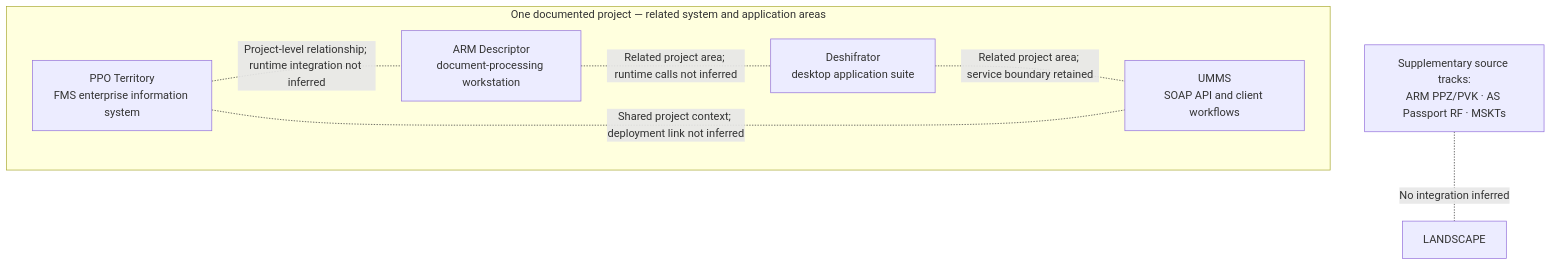
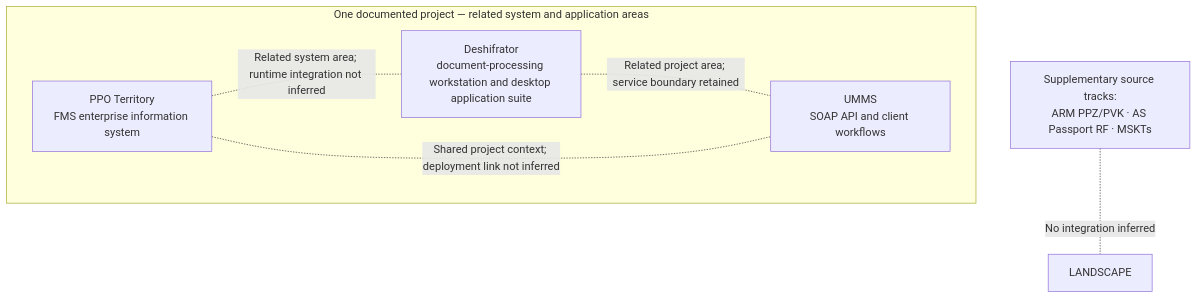
Before and after one commit to ekatmoz88-alt/territory-descriptor-unified: the first of 10 diagrams in materials/architecture/README.md, drawn with Mermaid. The commit also changed other lines of this file, not shown here.

Commit message:
Unify Deshifrator and historical Descriptor naming

````diff
--- a/materials/architecture/README.md
+++ b/materials/architecture/README.md
@@ -28,17 +28,15 @@
 ```mermaid
 flowchart TB
   subgraph PROJECT["One documented project — related system and application areas"]
     TERR["PPO Territory<br/>FMS enterprise information system"]
-    DESC["ARM Descriptor<br/>document-processing workstation"]
-    DESH["Deshifrator<br/>desktop application suite"]
+    DESH["Deshifrator<br/>document-processing workstation and desktop application suite"]
     UMMS["UMMS<br/>SOAP API and client workflows"]
   end
 
-  TERR -. "Project-level relationship; runtime integration not inferred" .- DESC
-  DESC -. "Related project area; runtime calls not inferred" .- DESH
+  TERR -. "Related system area; runtime integration not inferred" .- DESH
   DESH -. "Related project area; service boundary retained" .- UMMS
   TERR -. "Shared project context; deployment link not inferred" .- UMMS
 
   OTHER["Supplementary source tracks:<br/>ARM PPZ/PVK · AS Passport RF · MSKTs"]
   OTHER -. "No integration inferred" .- LANDSCAPE
 ```
````
